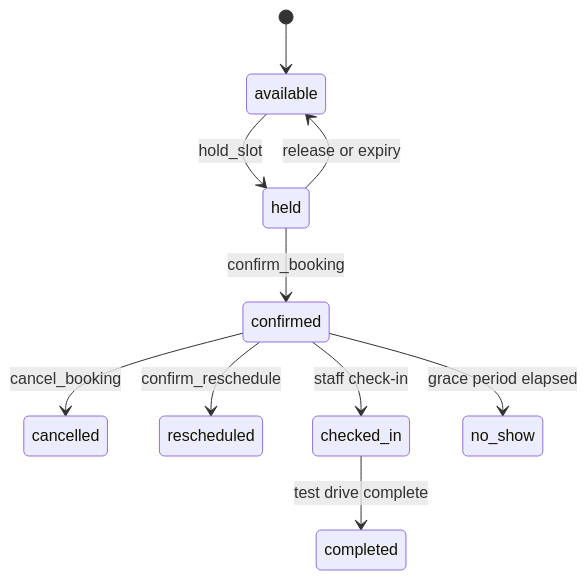
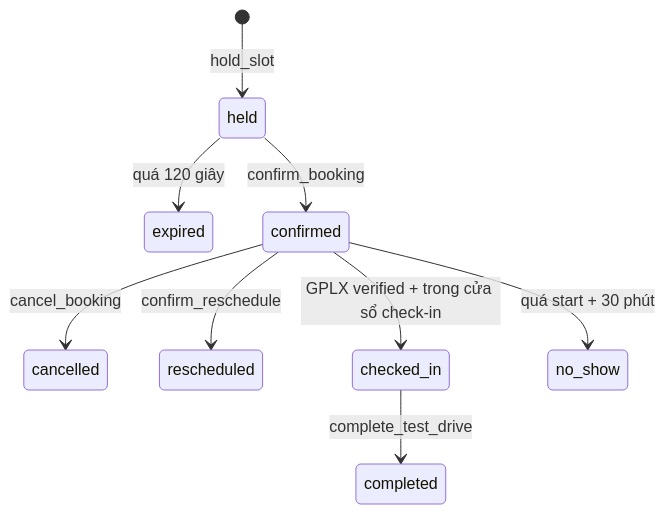
Before and after one commit to haichauht/vinfast-test-drive-booking: the fifth of 5 diagrams in ARCHITECTURE.md, drawn with Mermaid. The commit also changed other lines of this file and 8 other files, not shown here.

````diff
--- a/ARCHITECTURE.md
+++ b/ARCHITECTURE.md
@@ -179,12 +538,11 @@
 ```mermaid
 stateDiagram-v2
-    [*] --> available
-    available --> held: hold_slot
+    [*] --> held: hold_slot
+    held --> expired: quá 120 giây
     held --> confirmed: confirm_booking
-    held --> available: release or expiry
     confirmed --> cancelled: cancel_booking
     confirmed --> rescheduled: confirm_reschedule
-    confirmed --> checked_in: staff check-in
-    checked_in --> completed: test drive complete
-    confirmed --> no_show: grace period elapsed
+    confirmed --> checked_in: GPLX verified + trong cửa sổ check-in
+    confirmed --> no_show: quá start + 30 phút
+    checked_in --> completed: complete_test_drive
 ```
````
